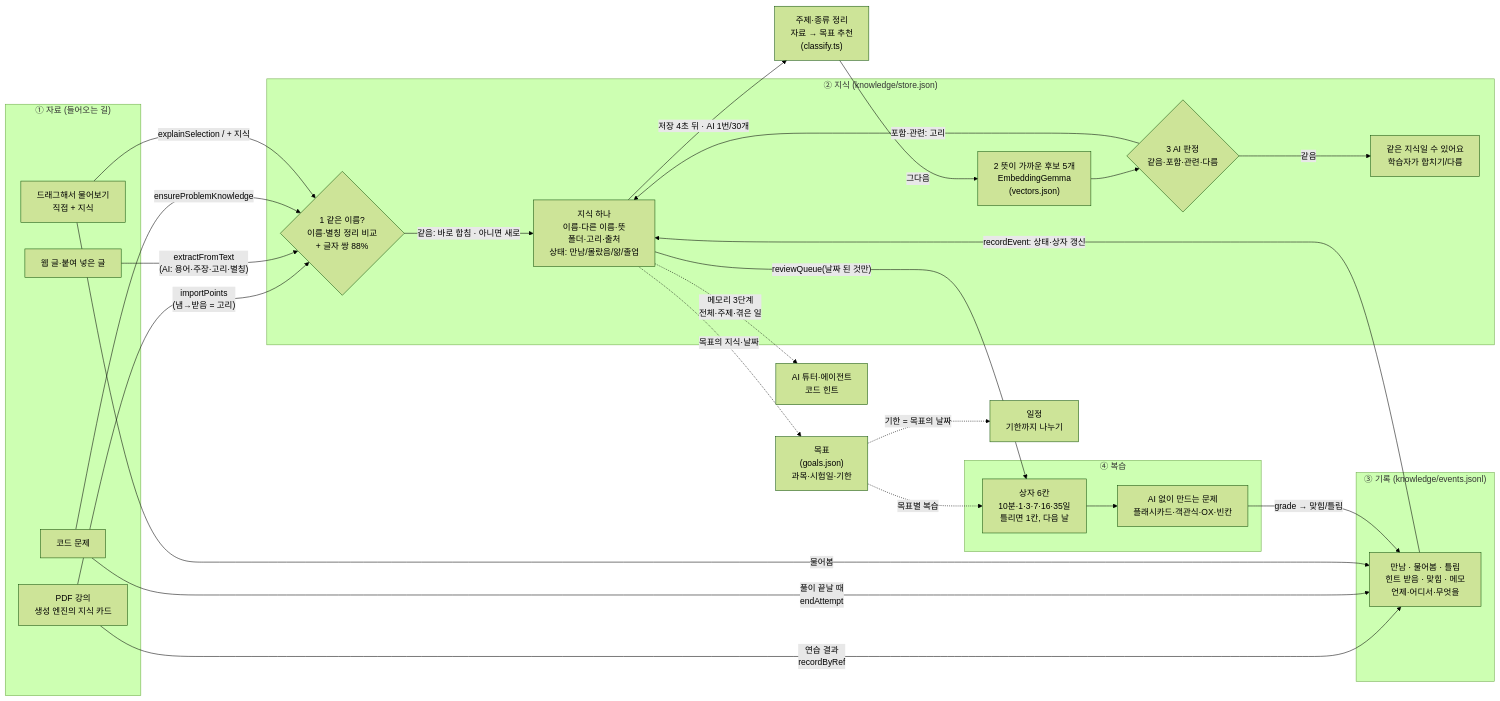
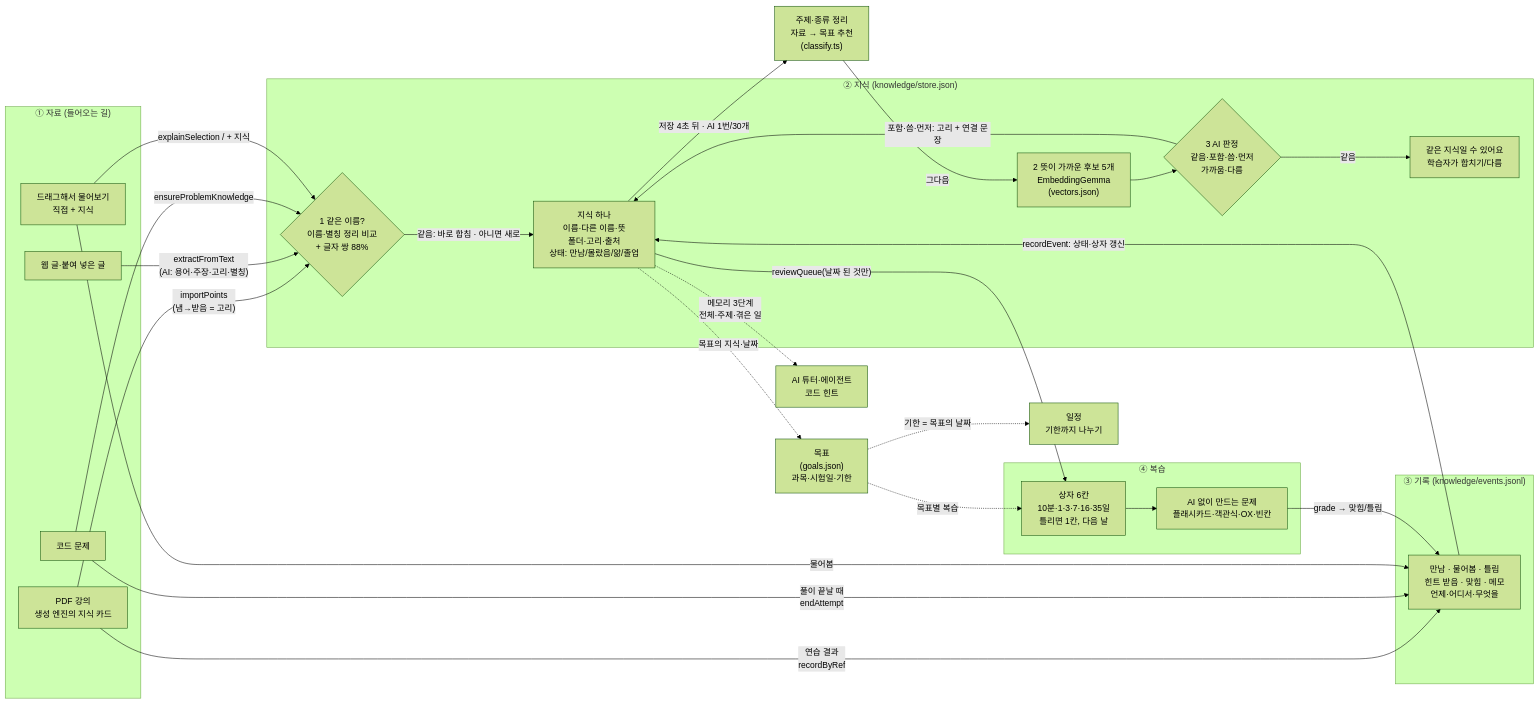
Before and after one commit to starvvolf/EasyMemory: the diagram in docs/지식저장소_파이프라인.md, drawn with Mermaid (forest theme). The commit also changed other lines of this file and 1 other file, not shown here.

Commit message:
docs: 고리 종류(포함·씀·먼저·가까움) 결정과 파이프라인 그림
Claude-Session: https://claude.ai/code/session_01C8oRCsJq18U5niWHu8o7V4

````diff
--- a/docs/지식저장소_파이프라인.md
+++ b/docs/지식저장소_파이프라인.md
@@ -7,50 +7,50 @@
 ```mermaid
 flowchart LR
   subgraph IN["① 자료 (들어오는 길)"]
     PDF["PDF 강의<br/>생성 엔진의 지식 카드"]
     WEB["웹 글·붙여 넣은 글"]
     CODE["코드 문제"]
     ASK["드래그해서 물어보기<br/>직접 + 지식"]
   end
 
   subgraph KS["② 지식 (knowledge/store.json)"]
     SAME{"1 같은 이름?<br/>이름·별칭 정리 비교<br/>+ 글자 쌍 88%"}
     ITEM["지식 하나<br/>이름·다른 이름·뜻<br/>폴더·고리·출처<br/>상태: 만남/몰랐음/앎/졸업"]
     VEC["2 뜻이 가까운 후보 5개<br/>EmbeddingGemma<br/>(vectors.json)"]
-    JUDGE{"3 AI 판정<br/>같음·포함·관련·다름"}
+    JUDGE{"3 AI 판정<br/>같음·포함·씀·먼저<br/>가까움·다름"}
     DUP["같은 지식일 수 있어요<br/>학습자가 합치기/다름"]
   end
 
   subgraph EV["③ 기록 (knowledge/events.jsonl)"]
     E["만남 · 물어봄 · 틀림<br/>힌트 받음 · 맞힘 · 메모<br/>언제·어디서·무엇을"]
   end
 
   subgraph RV["④ 복습"]
     BOX["상자 6칸<br/>10분·1·3·7·16·35일<br/>틀리면 1칸, 다음 날"]
     Q["AI 없이 만드는 문제<br/>플래시카드·객관식·OX·빈칸"]
   end
 
   PDF -- "importPoints<br/>(냄→받음 = 고리)" --> SAME
   WEB -- "extractFromText<br/>(AI: 용어·주장·고리·별칭)" --> SAME
   CODE -- "ensureProblemKnowledge" --> SAME
   ASK -- "explainSelection / + 지식" --> SAME
   SAME -- "같음: 바로 합침 · 아니면 새로" --> ITEM
   ITEM -- "저장 4초 뒤 · AI 1번/30개" --> CLS["주제·종류 정리<br/>자료 → 목표 추천<br/>(classify.ts)"]
   CLS -- "그다음" --> VEC
   VEC --> JUDGE
   JUDGE -- "같음" --> DUP
-  JUDGE -- "포함·관련: 고리" --> ITEM
+  JUDGE -- "포함·씀·먼저: 고리 + 연결 문장" --> ITEM
 
   PDF -- "연습 결과<br/>recordByRef" --> E
   CODE -- "풀이 끝날 때<br/>endAttempt" --> E
   ASK -- "물어봄" --> E
   E -- "recordEvent: 상태·상자 갱신" --> ITEM
   ITEM -- "reviewQueue(날짜 된 것만)" --> BOX
   BOX --> Q
   Q -- "grade → 맞힘/틀림" --> E
 
   ITEM -. "메모리 3단계<br/>전체·주제·겪은 일" .-> AI["AI 튜터·에이전트<br/>코드 힌트"]
   ITEM -. "목표의 지식·날짜" .-> GOAL["목표<br/>(goals.json)<br/>과목·시험일·기한"]
   GOAL -. "목표별 복습" .-> BOX
   GOAL -. "기한 = 목표의 날짜" .-> PLAN["일정<br/>기한까지 나누기"]
 ```
````
